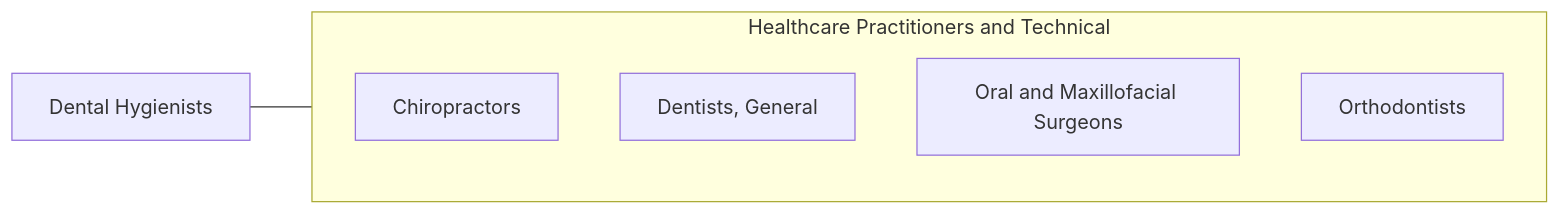
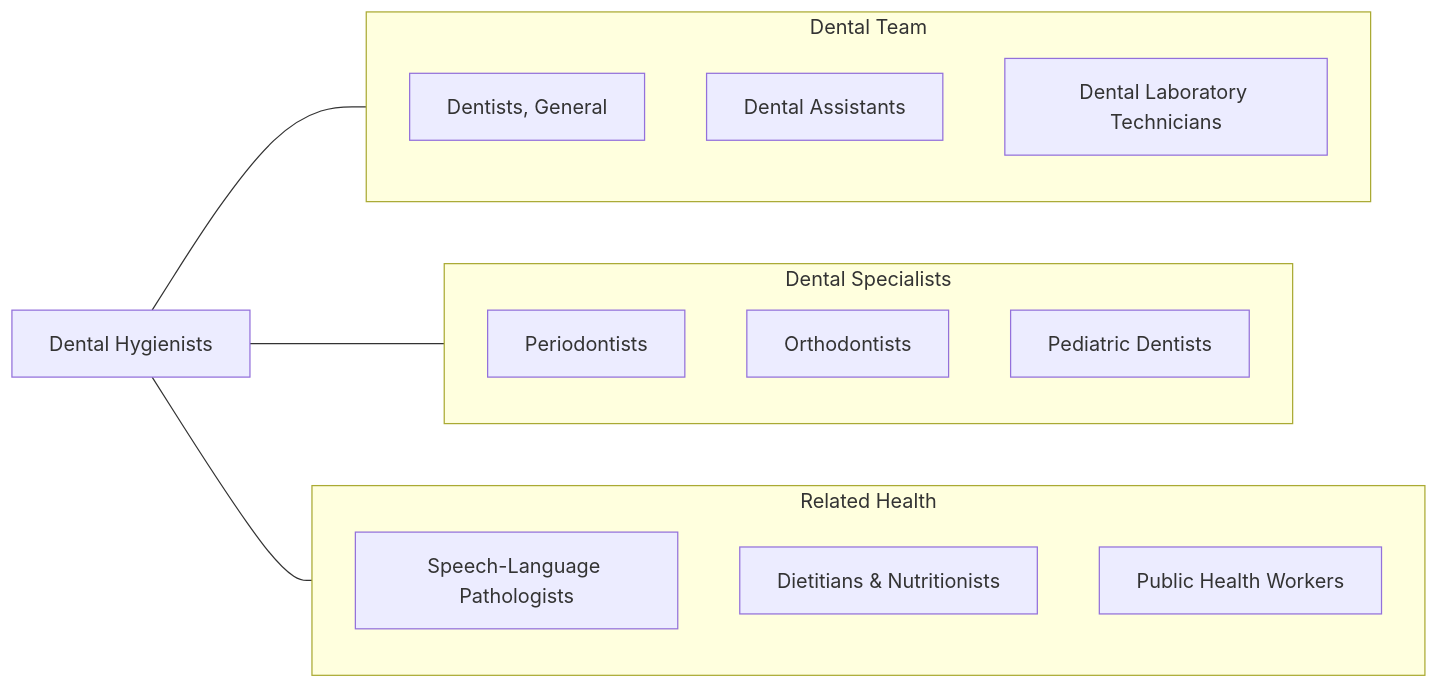
The fourth of 4 diagrams in occupations/HealthcarePractitioners/DentalHygienists.mdx (kziemski/business.org.ai), drawn with Mermaid before and after one commit. The commit also changed other lines of this file and 938 other files, not shown here.

````diff
--- a/occupations/HealthcarePractitioners/DentalHygienists.mdx
+++ b/occupations/HealthcarePractitioners/DentalHygienists.mdx
@@ -103,13 +222,26 @@
 ```mermaid
 graph LR
     Current["Dental Hygienists"]
 
-    subgraph SameCategory["Healthcare Practitioners and Technical"]
-        Chiropractors["Chiropractors"]
-        DentistsGeneral["Dentists, General"]
-        OralAndMaxillofacial["Oral and Maxillofacial Surgeons"]
-        Orthodontists["Orthodontists"]
+    subgraph DentalTeam["Dental Team"]
+        Dentists["Dentists, General"]
+        DentalAssist["Dental Assistants"]
+        DentalLab["Dental Laboratory Technicians"]
     end
 
-    Current --- SameCategory
+    subgraph DentalSpecialists["Dental Specialists"]
+        Periodontists["Periodontists"]
+        Orthodontists["Orthodontists"]
+        PedDentists["Pediatric Dentists"]
+    end
+
+    subgraph RelatedHealth["Related Health"]
+        SLP["Speech-Language Pathologists"]
+        Nutritionists["Dietitians & Nutritionists"]
+        PublicHealth["Public Health Workers"]
+    end
+
+    Current --- DentalTeam
+    Current --- DentalSpecialists
+    Current --- RelatedHealth
 ```
````
